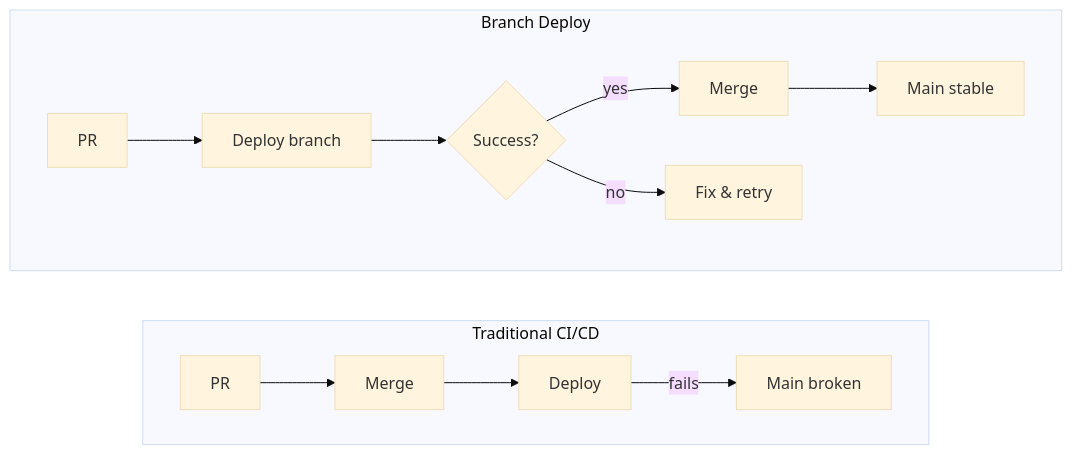
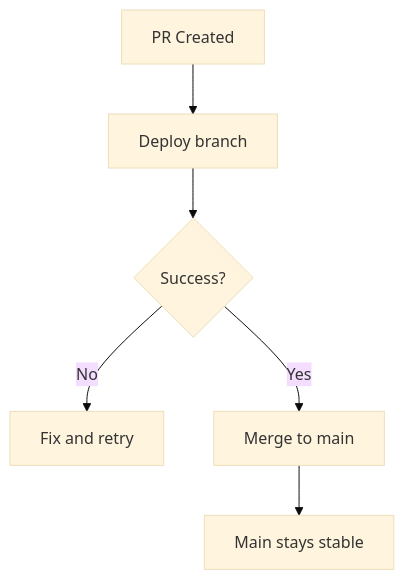
The second of 2 diagrams in docs/index.md (scarowar/terraform-branch-deploy), drawn with Mermaid (base theme) before and after one commit. The commit also changed other lines of this file and 1 other file, not shown here.

````diff
--- a/docs/index.md
+++ b/docs/index.md
@@ -13,16 +27,8 @@
 ```mermaid
-flowchart LR
-    subgraph "Traditional CI/CD"
-        direction LR
-        A1[PR] --> A2[Merge] --> A3[Deploy]
-        A3 -->|fails| A4[Main broken]
-    end
-
-    subgraph "Branch Deploy"
-        direction LR
-        B1[PR] --> B2[Deploy branch] --> B3{Success?}
-        B3 -->|yes| B4[Merge]
-        B3 -->|no| B5[Fix & retry]
-        B4 --> B6[Main stable]
-    end
+flowchart TD
+    A[PR Created] --> B[Deploy branch]
+    B --> C{Success?}
+    C -->|No| D[Fix and retry]
+    C -->|Yes| E[Merge to main]
+    E --> F[Main stays stable]
 ```
````
